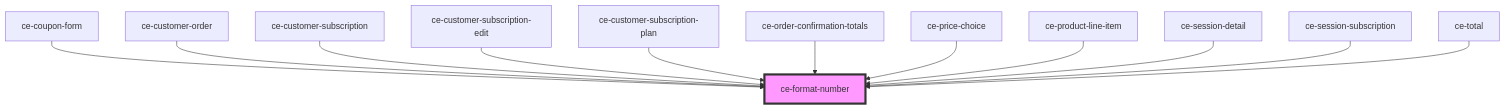
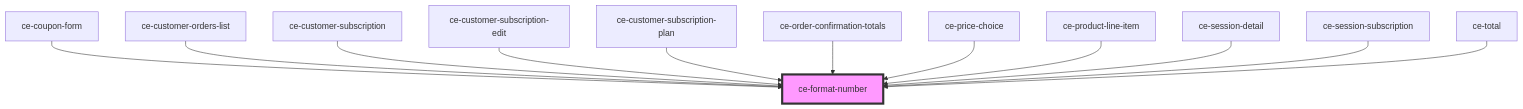
One commit to surecart/surecart-wp-plugin changed the diagram in packages/components/src/components/util/format-number/readme.md. Above: the diagram before and after it, drawn with Mermaid. The commit also changed other lines of this file and 241 other files, not shown here.

````diff
--- a/packages/components/src/components/util/format-number/readme.md
+++ b/packages/components/src/components/util/format-number/readme.md
@@ -43,15 +43,15 @@
 ```mermaid
 graph TD;
   ce-coupon-form --> ce-format-number
-  ce-customer-order --> ce-format-number
+  ce-customer-orders-list --> ce-format-number
   ce-customer-subscription --> ce-format-number
   ce-customer-subscription-edit --> ce-format-number
   ce-customer-subscription-plan --> ce-format-number
   ce-order-confirmation-totals --> ce-format-number
   ce-price-choice --> ce-format-number
   ce-product-line-item --> ce-format-number
   ce-session-detail --> ce-format-number
   ce-session-subscription --> ce-format-number
   ce-total --> ce-format-number
   style ce-format-number fill:#f9f,stroke:#333,stroke-width:4px
 ```
````
